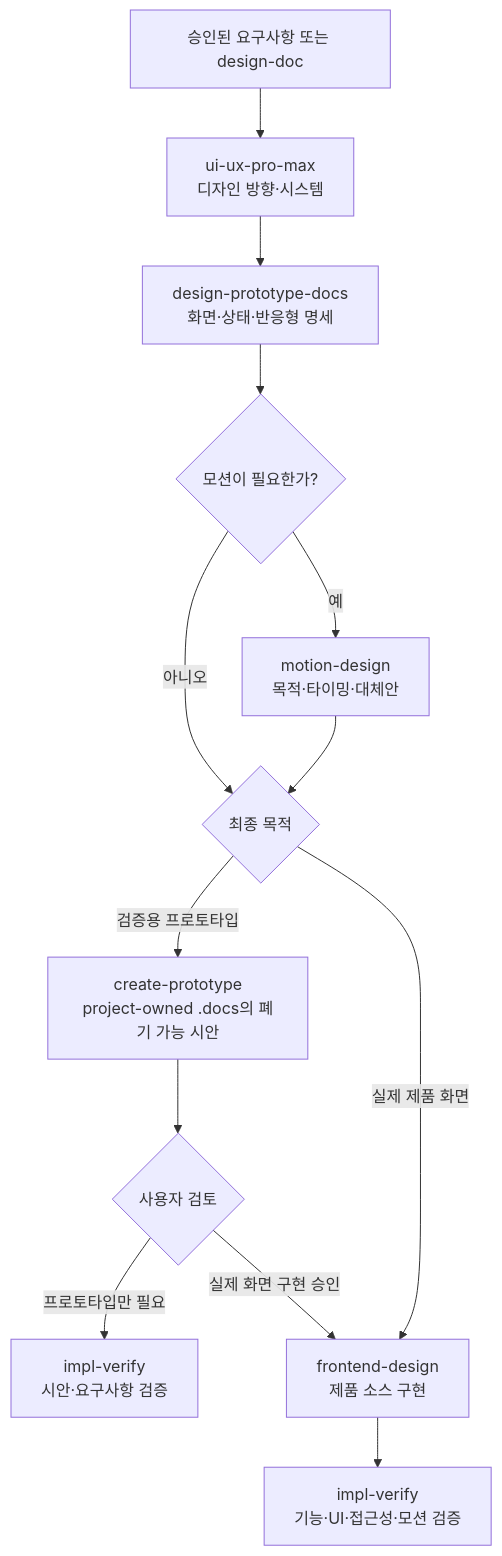
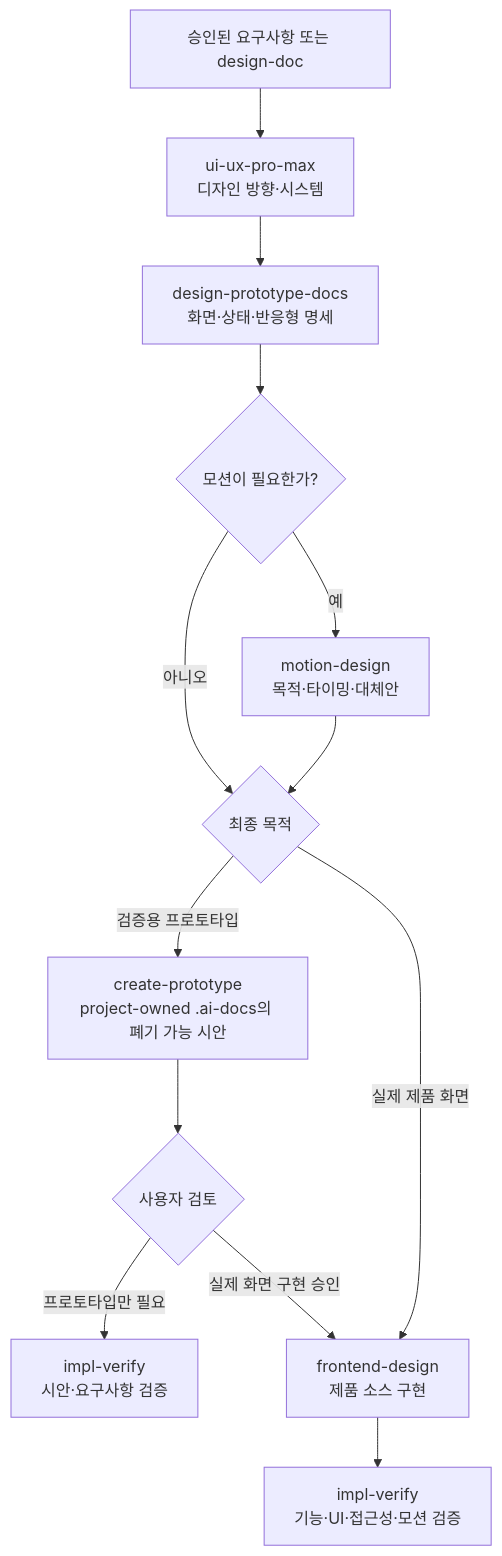
Before and after one commit to hb9397/ai-agent-harness-docs: the second of 2 diagrams in README.md, drawn with Mermaid. The commit also changed other lines of this file and 5 other files, not shown here.

````diff
--- a/README.md
+++ b/README.md
@@ -297,17 +300,17 @@
 ```mermaid
 flowchart TD
     R["승인된 요구사항 또는 design-doc"] --> U["ui-ux-pro-max<br/>디자인 방향·시스템"]
     U --> S["design-prototype-docs<br/>화면·상태·반응형 명세"]
     S --> M{"모션이 필요한가?"}
     M -->|"예"| MD["motion-design<br/>목적·타이밍·대체안"]
     M -->|"아니오"| B{"최종 목적"}
     MD --> B
 
-    B -->|"검증용 프로토타입"| P["create-prototype<br/>project-owned .docs의 폐기 가능 시안"]
+    B -->|"검증용 프로토타입"| P["create-prototype<br/>project-owned .ai-docs의 폐기 가능 시안"]
     P --> A{"사용자 검토"}
     A -->|"프로토타입만 필요"| PV["impl-verify<br/>시안·요구사항 검증"]
     A -->|"실제 화면 구현 승인"| F["frontend-design<br/>제품 소스 구현"]
 
     B -->|"실제 제품 화면"| F
     F --> V["impl-verify<br/>기능·UI·접근성·모션 검증"]
 ```
````
